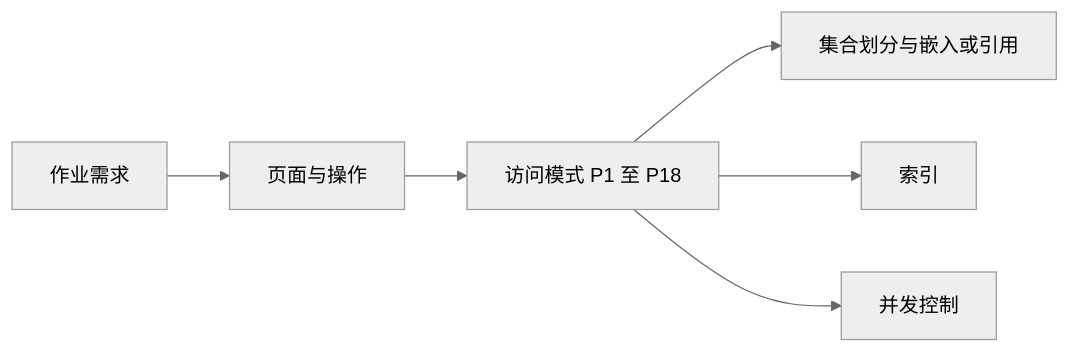
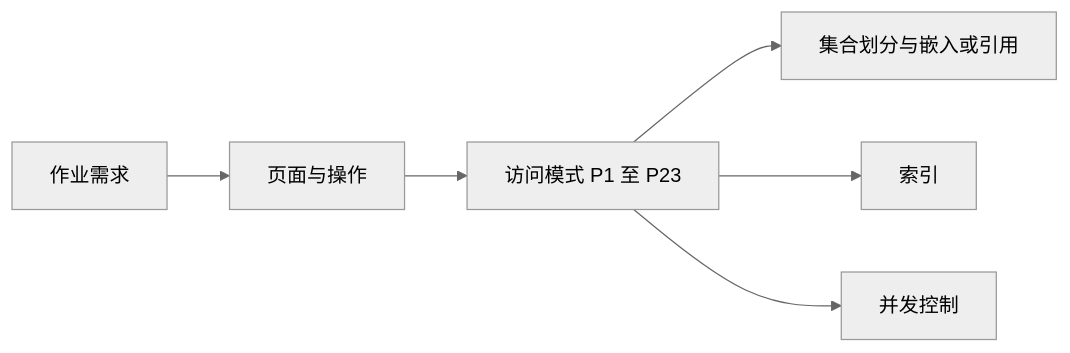
The first of 3 diagrams in docs/数据库设计.md (autu-mn/mongo-survey), drawn with Mermaid (neutral theme) before and after one commit. The commit also changed other lines of this file and 29 other files, not shown here.

````diff
--- a/docs/数据库设计.md
+++ b/docs/数据库设计.md
@@ -16,8 +16,8 @@
 ```mermaid
 flowchart LR
     Req["作业需求"] --> Pages["页面与操作"]
-    Pages --> Access["访问模式 P1 至 P18"]
+    Pages --> Access["访问模式 P1 至 P23"]
     Access --> Coll["集合划分与嵌入或引用"]
     Access --> Idx["索引"]
     Access --> Conc["并发控制"]
 ```
````
